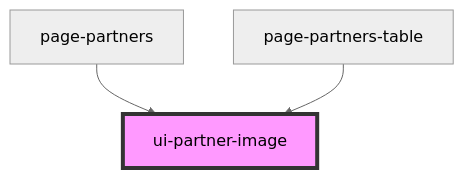
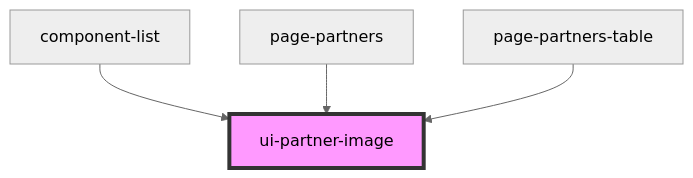
One commit to pizza-to-the-polls/power-the-polls changed the diagram in site/src/components/ui-partner-image/readme.md. Above: the diagram before and after it, drawn with Mermaid (neutral theme). The commit also changed other lines of this file and 1 other file, not shown here.

Commit message:
updated ui-partner-image to allow a partnerID string

````diff
--- a/site/src/components/ui-partner-image/readme.md
+++ b/site/src/components/ui-partner-image/readme.md
@@ -26,6 +27,7 @@
 ```mermaid
 graph TD;
+  component-list --> ui-partner-image
   page-partners --> ui-partner-image
   page-partners-table --> ui-partner-image
   style ui-partner-image fill:#f9f,stroke:#333,stroke-width:4px
 ```
````
